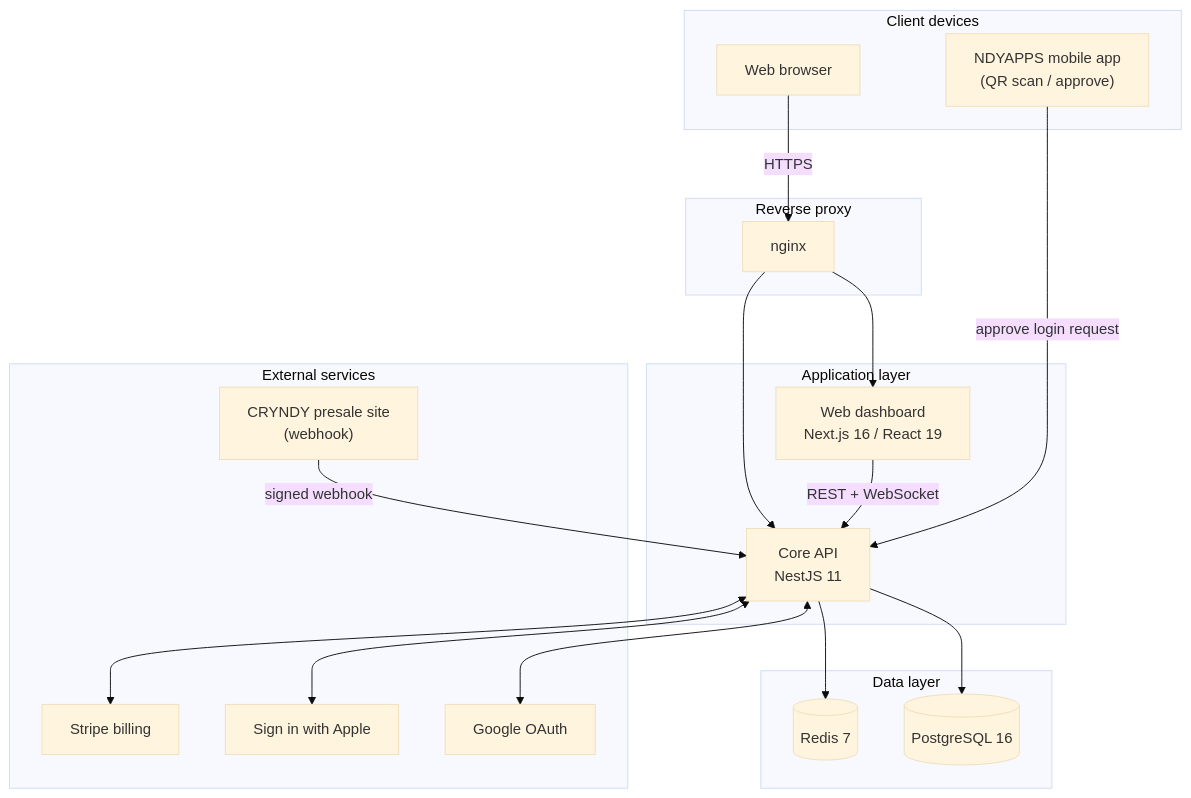
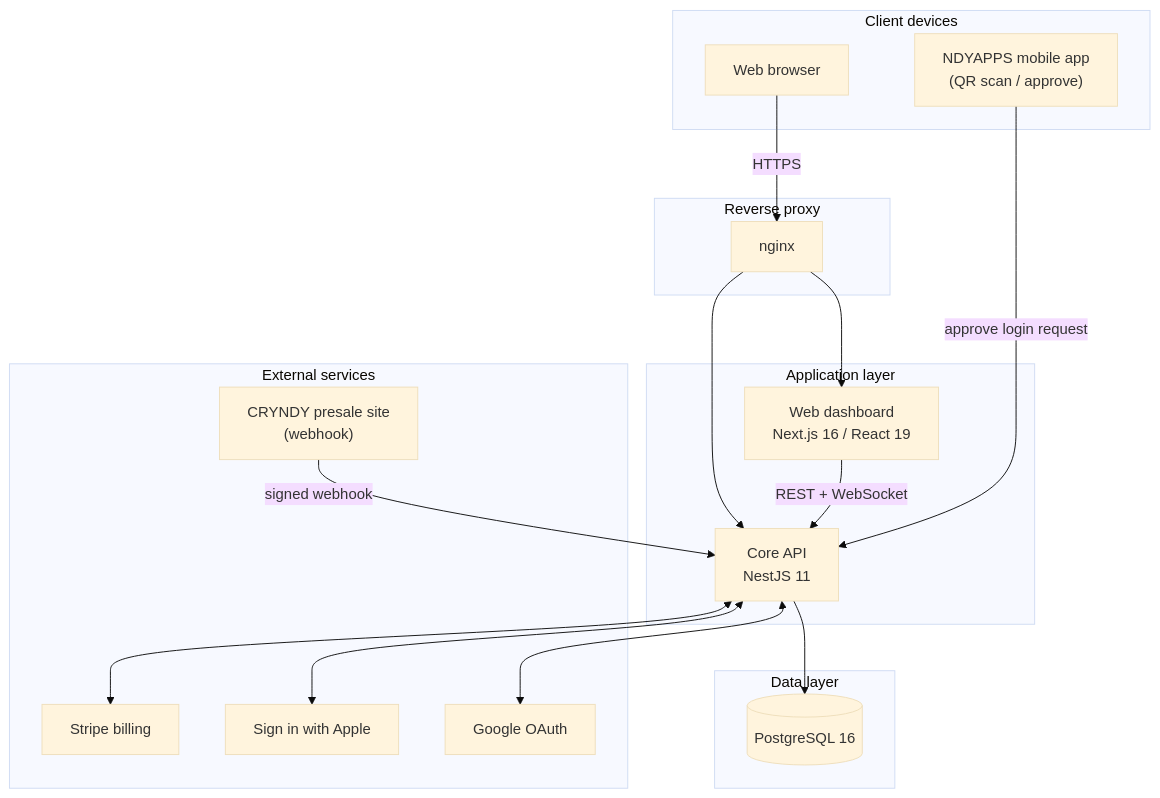
One commit to sufyanmughal/NDY-HUB changed the first of 6 diagrams in README.md. Above: the diagram before and after it, drawn with Mermaid (base theme). The commit also changed other lines of this file and 3 other files, not shown here.

````diff
--- a/README.md
+++ b/README.md
@@ -34,40 +34,38 @@
 ```mermaid
 flowchart TB
     subgraph Client["Client devices"]
         Browser["Web browser"]
         NDYAPPS["NDYAPPS mobile app\n(QR scan / approve)"]
     end
 
     subgraph Edge["Reverse proxy"]
         Nginx["nginx"]
     end
 
     subgraph App["Application layer"]
         Web["Web dashboard\nNext.js 16 / React 19"]
         API["Core API\nNestJS 11"]
     end
 
     subgraph Data["Data layer"]
         PG[("PostgreSQL 16")]
-        Redis[("Redis 7")]
     end
 
     subgraph External["External services"]
         Google["Google OAuth"]
         Apple["Sign in with Apple"]
         Stripe["Stripe billing"]
         CRYNDY["CRYNDY presale site\n(webhook)"]
     end
 
     Browser -->|HTTPS| Nginx
     Nginx --> Web
     Nginx --> API
     NDYAPPS -->|approve login request| API
     Web -->|REST + WebSocket| API
     API --> PG
-    API --> Redis
     API <--> Google
     API <--> Apple
     API <--> Stripe
     CRYNDY -->|signed webhook| API
 ```
````
